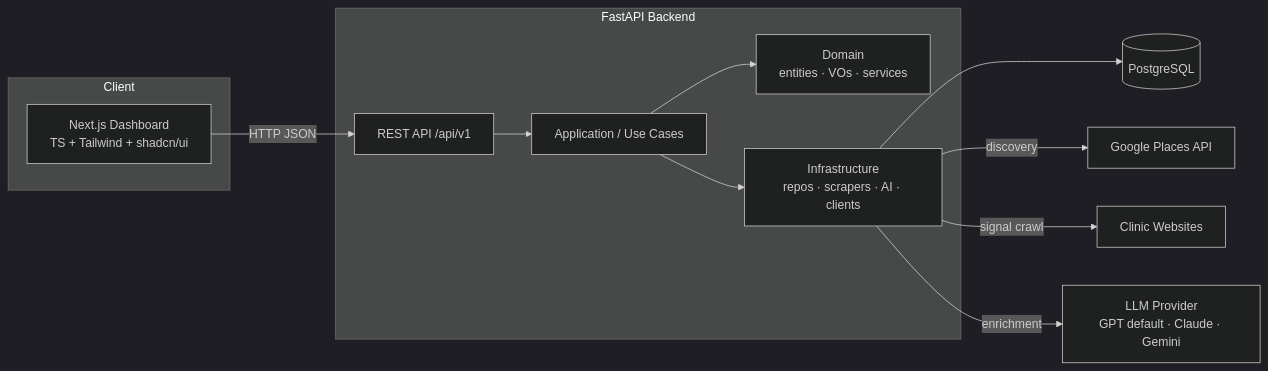
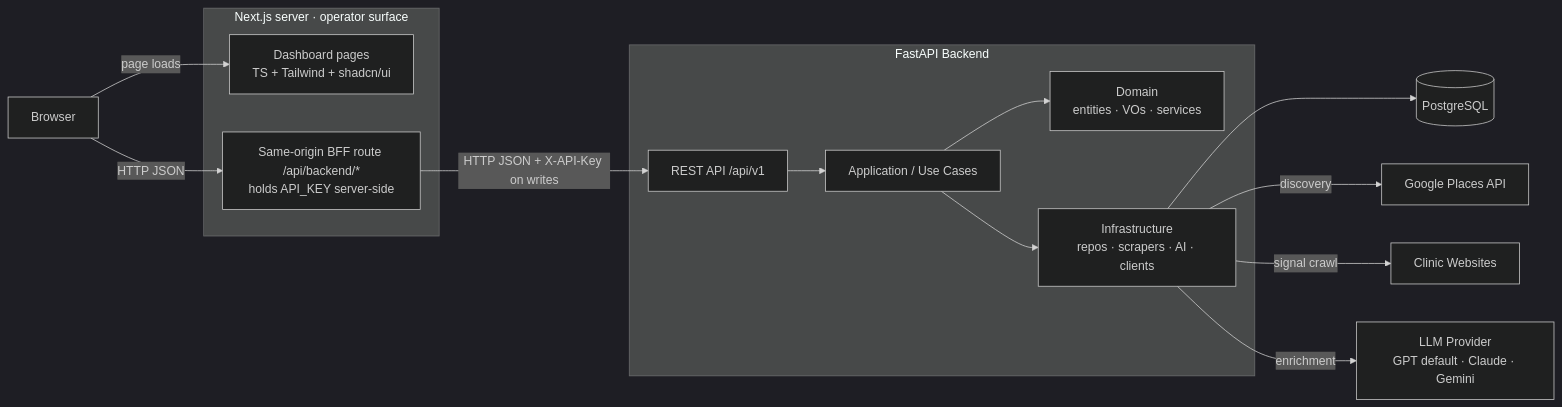
The first of 4 diagrams in docs/explanation/architecture.md (fsoaz/dental-radar), drawn with Mermaid (dark theme) before and after one commit. The commit also changed other lines of this file and 16 other files, not shown here.

Commit message:
feat: update dependencies and documentation for Next.js 16 and Tailwind CSS v4; add demo data script

````diff
--- a/docs/explanation/architecture.md
+++ b/docs/explanation/architecture.md
@@ -10,24 +10,28 @@
 ```mermaid
 flowchart LR
-  subgraph Client
-    FE[Next.js Dashboard<br/>TS + Tailwind + shadcn/ui]
+  BR[Browser]
+  subgraph Client[Next.js server · operator surface]
+    FE["Dashboard pages<br/>TS + Tailwind + shadcn/ui"]
+    BFF["Same-origin BFF route /api/backend/*<br/>holds API_KEY server-side"]
   end
   subgraph Server[FastAPI Backend]
     API[REST API /api/v1]
     UC[Application / Use Cases]
     DOM[Domain<br/>entities · VOs · services]
     INFRA[Infrastructure<br/>repos · scrapers · AI · clients]
   end
   DB[(PostgreSQL)]
   GP[Google Places API]
   WEB[Clinic Websites]
   LLM[LLM Provider<br/>GPT default · Claude · Gemini]
 
-  FE -->|HTTP JSON| API
+  BR -->|page loads| FE
+  BR -->|HTTP JSON| BFF
+  BFF -->|HTTP JSON + X-API-Key on writes| API
   API --> UC --> DOM
   UC --> INFRA
   INFRA --> DB
   INFRA -->|discovery| GP
   INFRA -->|signal crawl| WEB
   INFRA -->|enrichment| LLM
 ```
````
